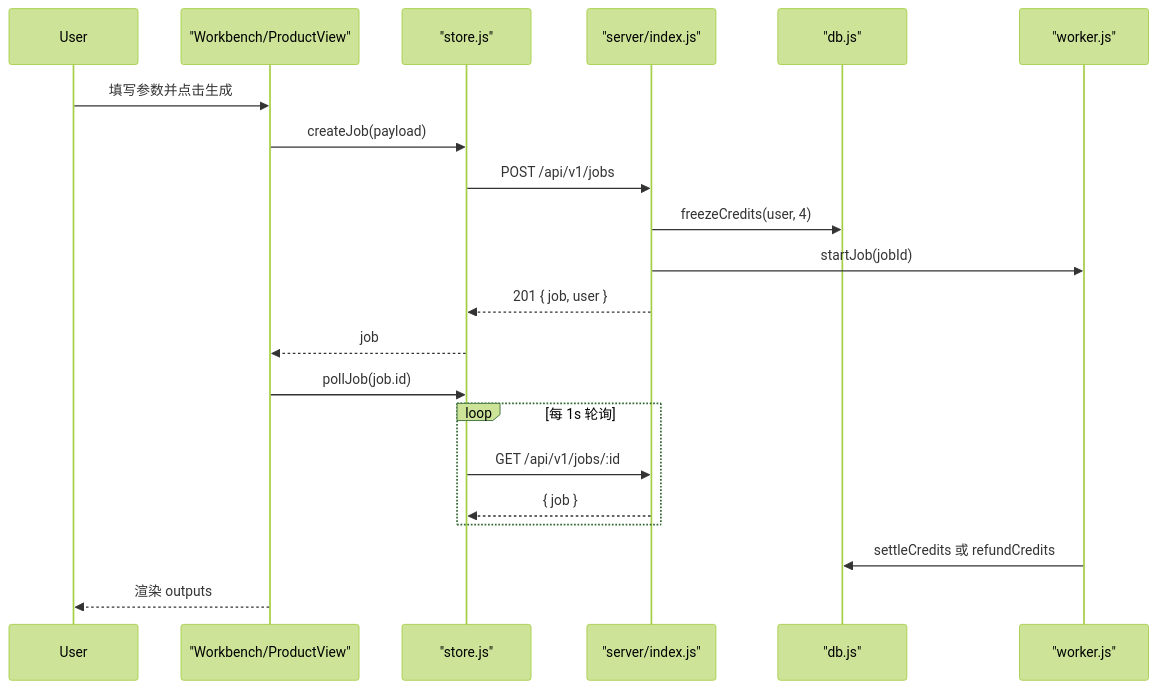
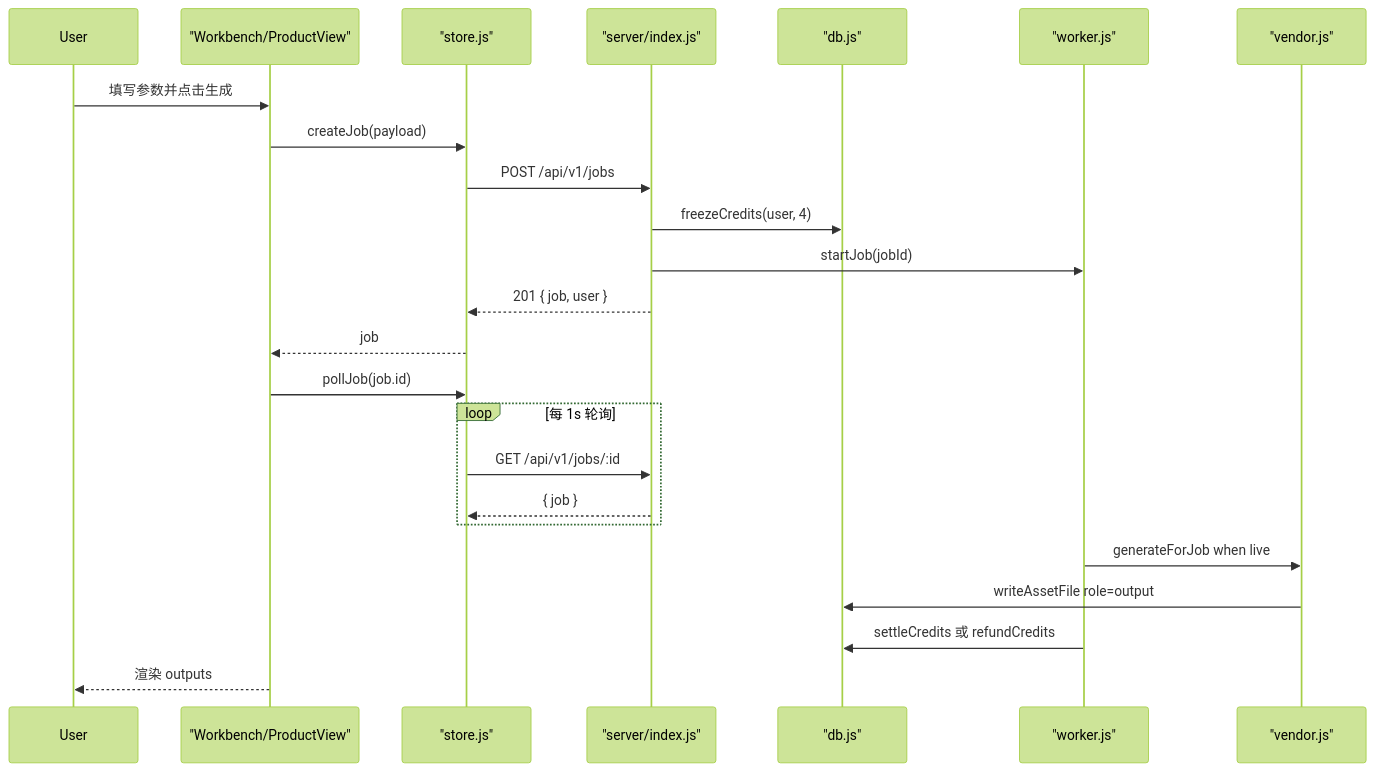
One commit to xxl0915/monkeycode_amam changed the second of 3 diagrams in .monkeycode/docs/ARCHITECTURE.md. Above: the diagram before and after it, drawn with Mermaid (forest theme). The commit also changed other lines of this file and 43 other files, not shown here.

````diff
--- a/.monkeycode/docs/ARCHITECTURE.md
+++ b/.monkeycode/docs/ARCHITECTURE.md
@@ -180,24 +190,27 @@
 ```mermaid
 sequenceDiagram
     participant User
     participant View as "Workbench/ProductView"
     participant Store as "store.js"
     participant API as "server/index.js"
     participant DB as "db.js"
     participant Worker as "worker.js"
+    participant Vendor as "vendor.js"
 
     User->>View: 填写参数并点击生成
     View->>Store: createJob(payload)
     Store->>API: POST /api/v1/jobs
     API->>DB: freezeCredits(user, 4)
     API->>Worker: startJob(jobId)
     API-->>Store: 201 { job, user }
     Store-->>View: job
     View->>Store: pollJob(job.id)
     loop 每 1s 轮询
         Store->>API: GET /api/v1/jobs/:id
         API-->>Store: { job }
     end
+    Worker->>Vendor: generateForJob when live
+    Vendor->>DB: writeAssetFile role=output
     Worker->>DB: settleCredits 或 refundCredits
     View-->>User: 渲染 outputs
 ```
````
